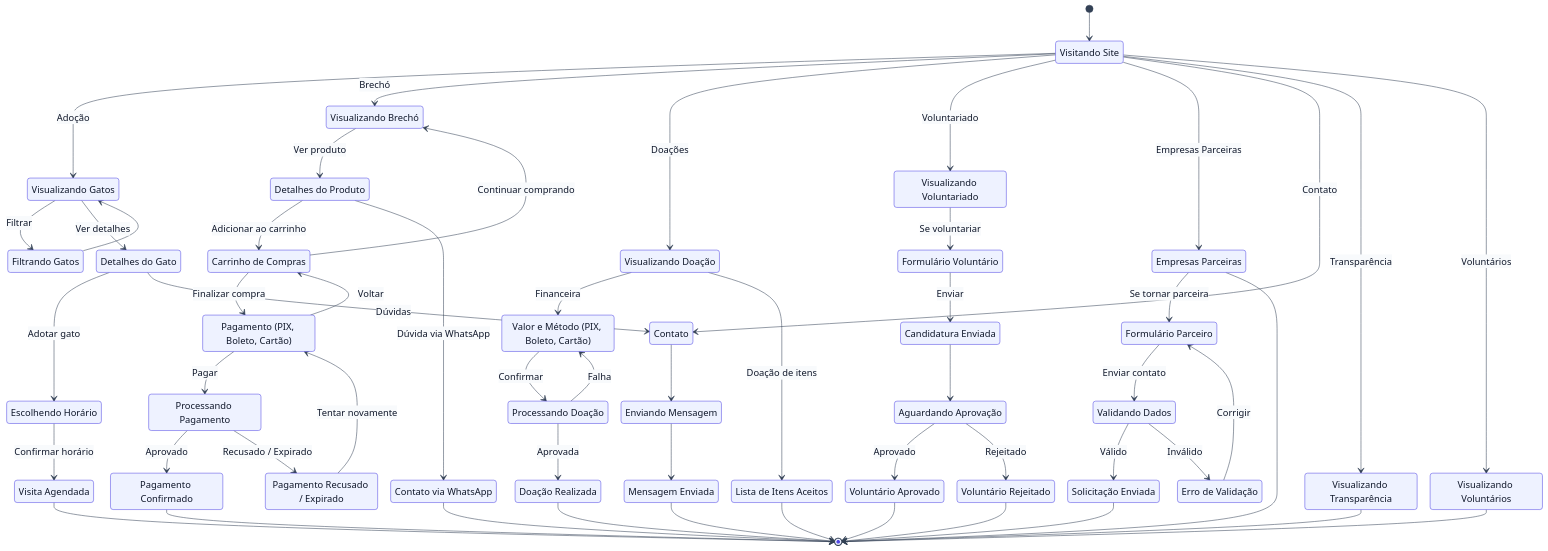
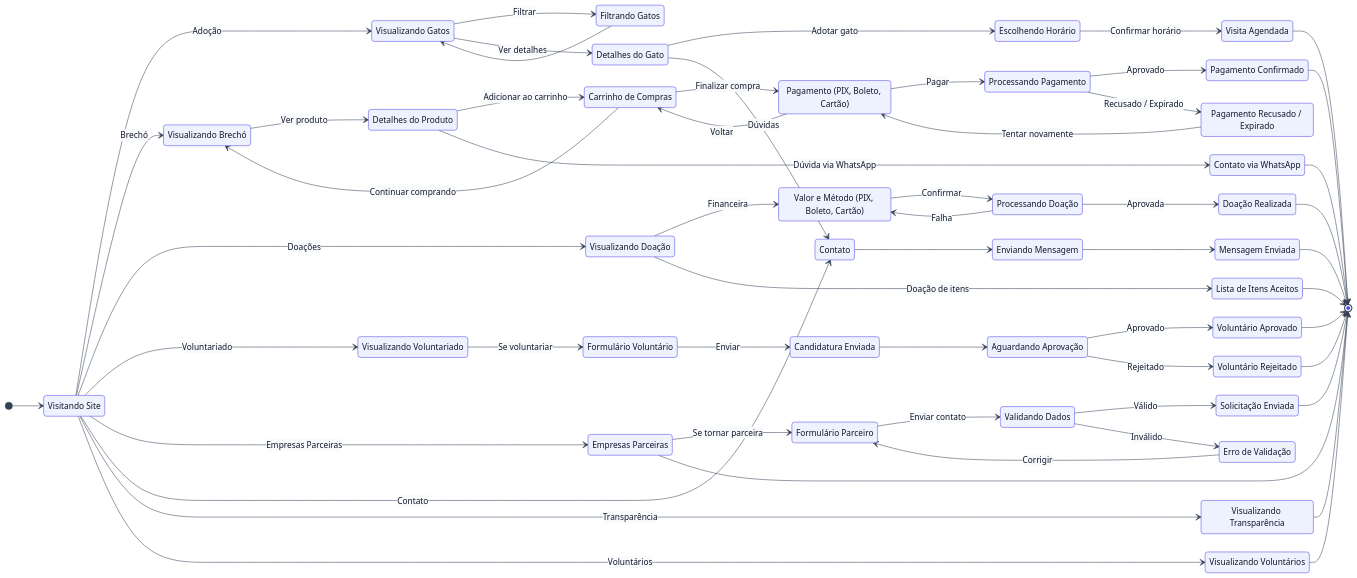
Before and after one commit to ligiaoliveira/Casa-dos-Gatos: the fourth of 12 diagrams in README.md, drawn with Mermaid.

````diff
--- a/README.md
+++ b/README.md
@@ -263,7 +263,7 @@
 ```mermaid
-%%{init: {'theme': 'base', 'themeVariables': {'fontSize': '18px', 'fontFamily': 'arial', 'primaryColor': '#eef2ff', 'primaryBorderColor': '#4f46e5', 'primaryTextColor': '#0f172a', 'lineColor': '#334155', 'edgeLabelBackground': '#f8fafc'}, 'flowchart': {'nodeSpacing': 25, 'rankSpacing': 55, 'curve': 'basis'}}}%%
+%%{init: {'theme': 'base', 'themeVariables': {'fontSize': '16px', 'fontFamily': 'arial', 'primaryColor': '#eef2ff', 'primaryBorderColor': '#4f46e5', 'primaryTextColor': '#0f172a', 'lineColor': '#334155', 'edgeLabelBackground': '#f8fafc'}, 'flowchart': {'nodeSpacing': 35, 'rankSpacing': 60, 'curve': 'basis'}}}%%
 stateDiagram-v2
-    direction TB
+    direction LR
 
     %% Estados Principais
     state "Visitando Site" as VisitandoSite
@@ -317,7 +317,7 @@
     %% Início
     [*] --> VisitandoSite
 
-    %% Navegação a partir da Página Inicial
+    %% Navegação a partir da Página Inicial (empilhada verticalmente)
     VisitandoSite --> VisualizandoGatos : Adoção
     VisitandoSite --> VisualizandoBrecho : Brechó
     VisitandoSite --> VisualizandoDoacao : Doações
````
